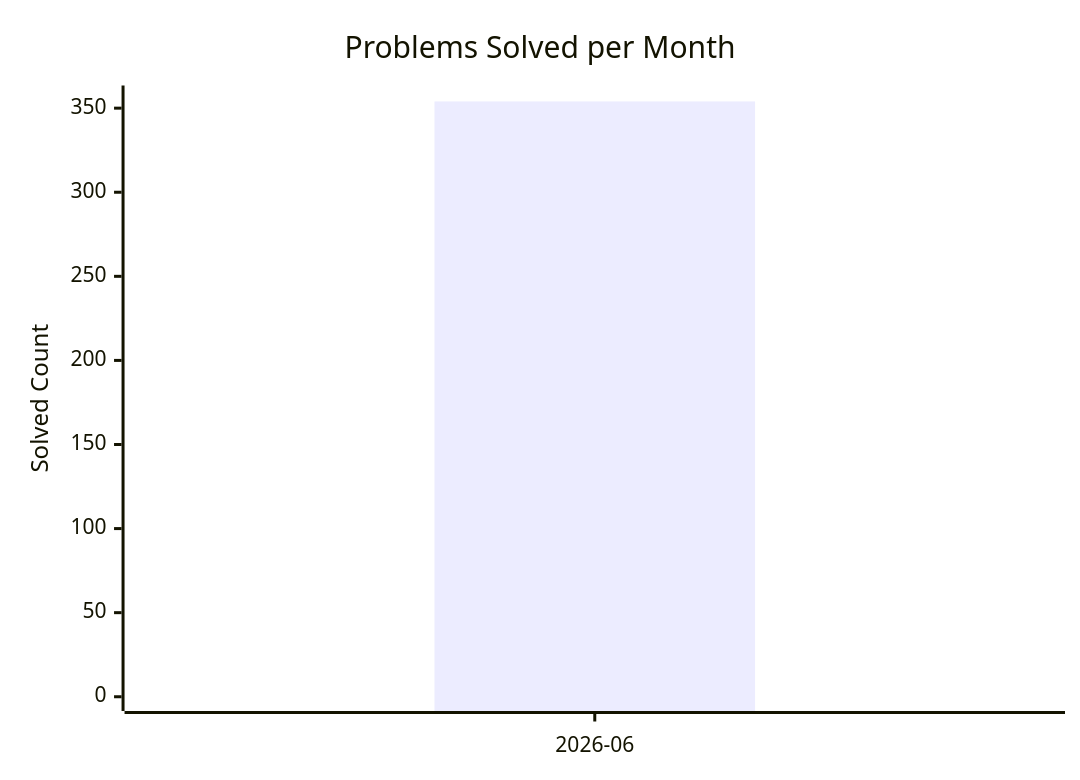
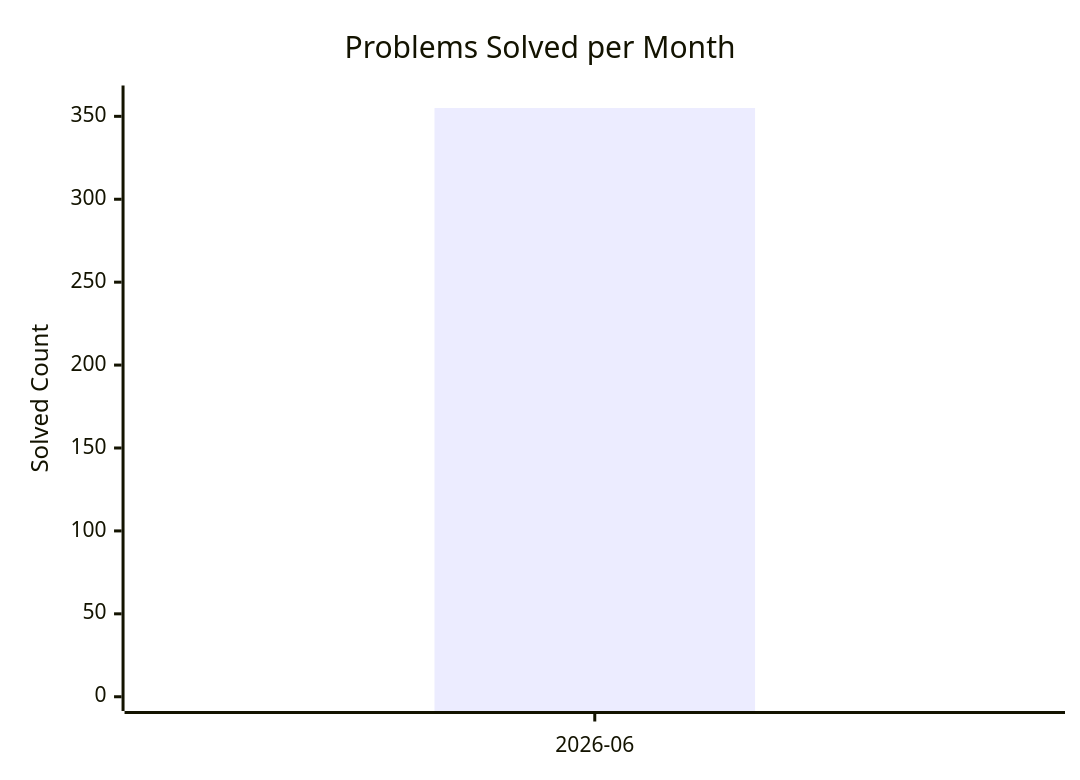
One commit to AdityaPandey-DEV/CP-Progress-Sync changed the diagram in dashboard.md. Above: the diagram before and after it, drawn with Mermaid. The commit also changed other lines of this file, not shown here.

Commit message:
Auto-update CP dashboard [skip ci]

````diff
--- a/dashboard.md
+++ b/dashboard.md
@@ -8,8 +8,8 @@
 ```mermaid
 xychart-beta
     title "Problems Solved per Month"
     x-axis ["2026-06"]
-    y-axis "Solved Count" 0 --> 355
-    bar [354]
-    line [354]
+    y-axis "Solved Count" 0 --> 360
+    bar [355]
+    line [355]
 ```
````
